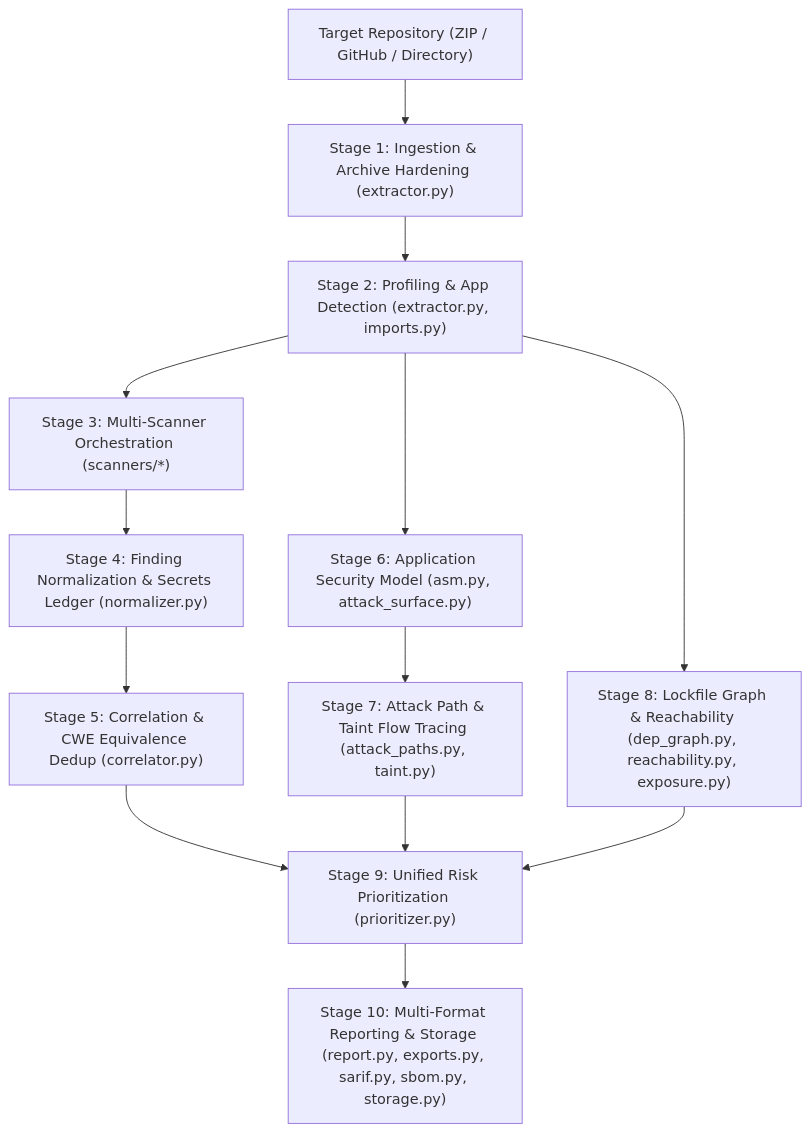
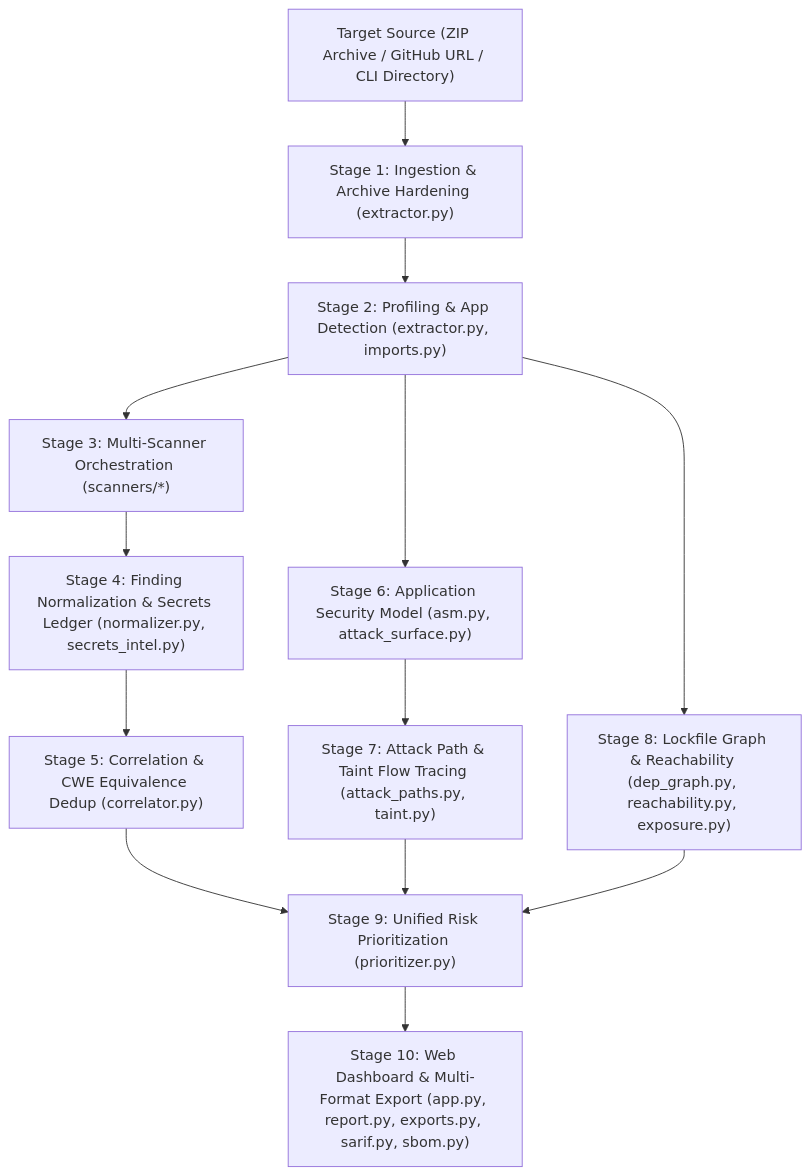
One commit to epic-aditya/VibeSECURITY changed the diagram in docs/ARCHITECTURE.md. Above: the diagram before and after it, drawn with Mermaid. The commit also changed other lines of this file and 4 other files, not shown here.

Commit message:
fix(ui): preserve sidebar expand toggle on collapse and sync architecture/readme docs

````diff
--- a/docs/ARCHITECTURE.md
+++ b/docs/ARCHITECTURE.md
@@ -20,13 +21,13 @@
 ```mermaid
 flowchart TD
-    A["Target Repository (ZIP / GitHub / Directory)"] --> B["Stage 1: Ingestion & Archive Hardening (extractor.py)"]
+    A["Target Source (ZIP Archive / GitHub URL / CLI Directory)"] --> B["Stage 1: Ingestion & Archive Hardening (extractor.py)"]
     B --> C["Stage 2: Profiling & App Detection (extractor.py, imports.py)"]
     C --> D["Stage 3: Multi-Scanner Orchestration (scanners/*)"]
-    D --> E["Stage 4: Finding Normalization & Secrets Ledger (normalizer.py)"]
+    D --> E["Stage 4: Finding Normalization & Secrets Ledger (normalizer.py, secrets_intel.py)"]
     E --> F["Stage 5: Correlation & CWE Equivalence Dedup (correlator.py)"]
     C --> G["Stage 6: Application Security Model (asm.py, attack_surface.py)"]
     G --> H["Stage 7: Attack Path & Taint Flow Tracing (attack_paths.py, taint.py)"]
     C --> I["Stage 8: Lockfile Graph & Reachability (dep_graph.py, reachability.py, exposure.py)"]
     F & H & I --> J["Stage 9: Unified Risk Prioritization (prioritizer.py)"]
-    J --> K["Stage 10: Multi-Format Reporting & Storage (report.py, exports.py, sarif.py, sbom.py, storage.py)"]
+    J --> K["Stage 10: Web Dashboard & Multi-Format Export (app.py, report.py, exports.py, sarif.py, sbom.py)"]
 ```
````
